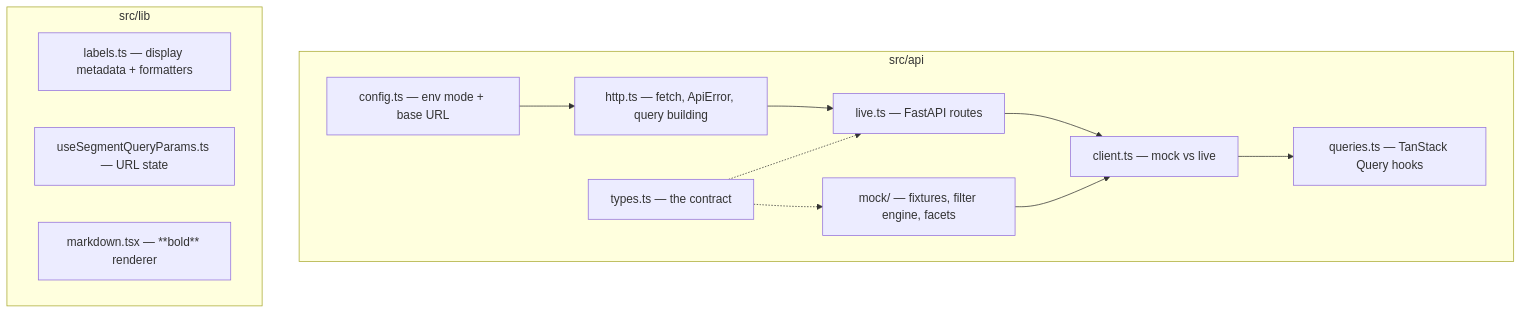
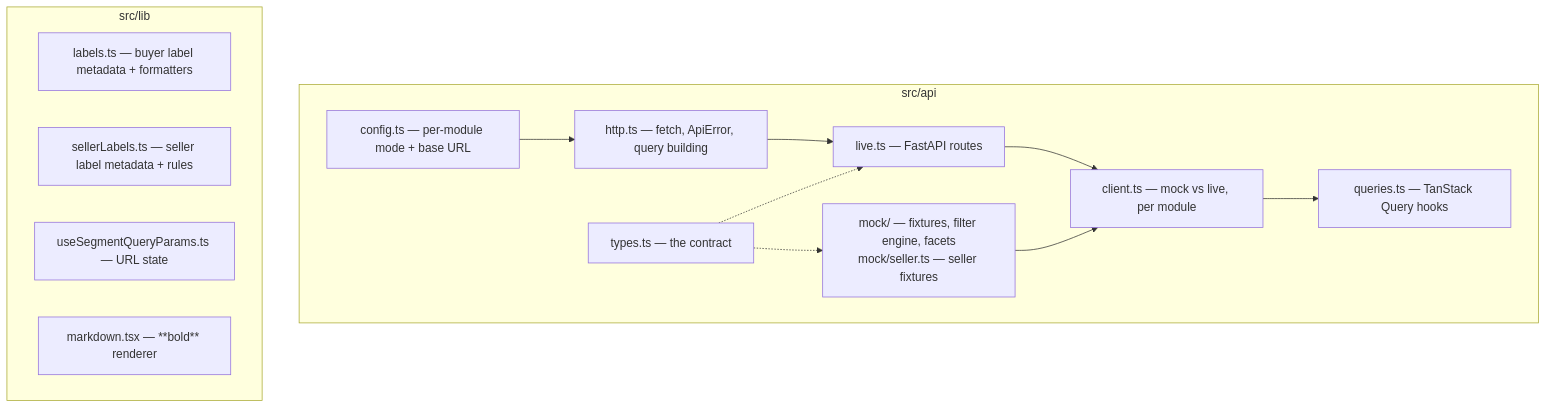
The sixth of 6 diagrams in README.md (vmonala/hackathon_best_seller_ui), drawn with Mermaid before and after one commit. The commit also changed other lines of this file and 20 other files, not shown here.

First line of the commit message:
Add Data Seller Insights module and per-module API mode

````diff
--- a/README.md
+++ b/README.md
@@ -138,24 +219,25 @@
 ```mermaid
 flowchart TB
     subgraph api [src/api]
         T["types.ts — the contract"]
-        C["config.ts — env mode + base URL"]
+        C["config.ts — per-module mode + base URL"]
         H["http.ts — fetch, ApiError, query building"]
         L["live.ts — FastAPI routes"]
-        M["mock/ — fixtures, filter engine, facets"]
-        CL["client.ts — mock vs live"]
+        M["mock/ — fixtures, filter engine, facets\nmock/seller.ts — seller fixtures"]
+        CL["client.ts — mock vs live, per module"]
         QR["queries.ts — TanStack Query hooks"]
     end
     subgraph lib [src/lib]
-        LB["labels.ts — display metadata + formatters"]
+        LB["labels.ts — buyer label metadata + formatters"]
+        SL["sellerLabels.ts — seller label metadata + rules"]
         UQ["useSegmentQueryParams.ts — URL state"]
         MD["markdown.tsx — **bold** renderer"]
     end
     L --> CL
     M --> CL
     H --> L
     C --> H
     CL --> QR
     T -.-> L
     T -.-> M
 ```
````
